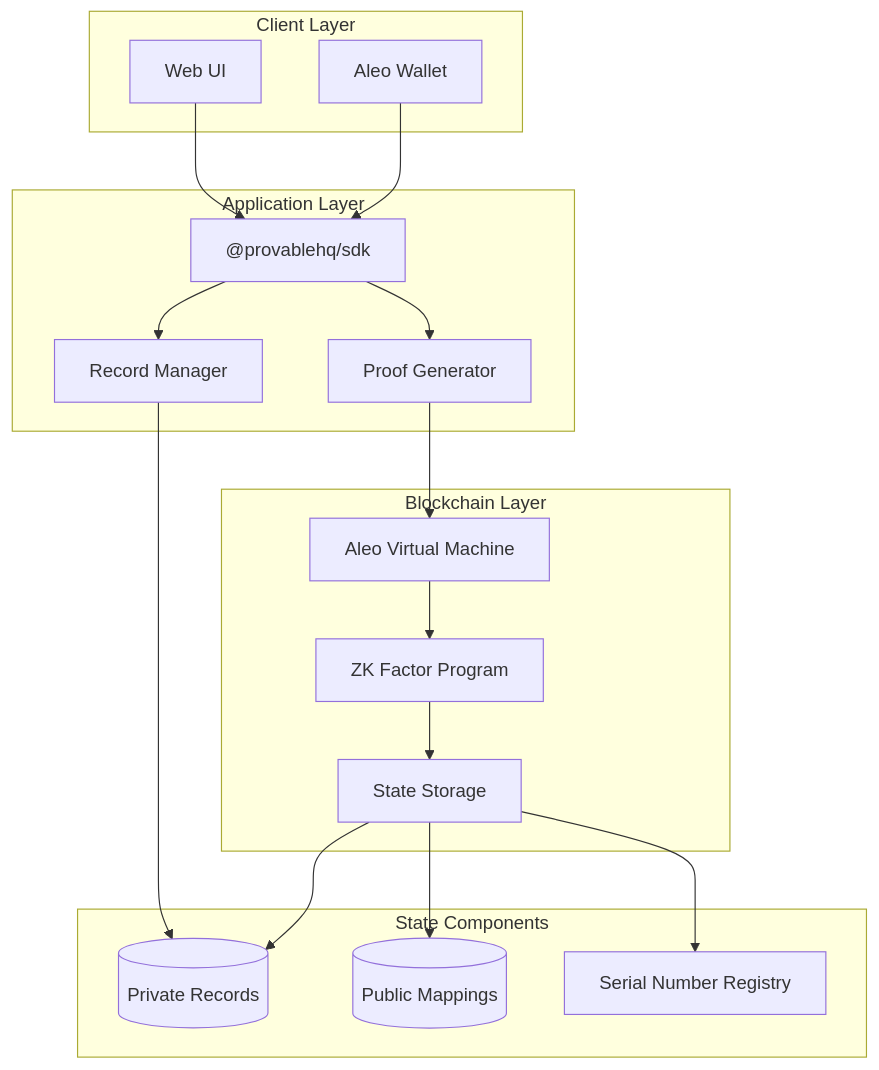
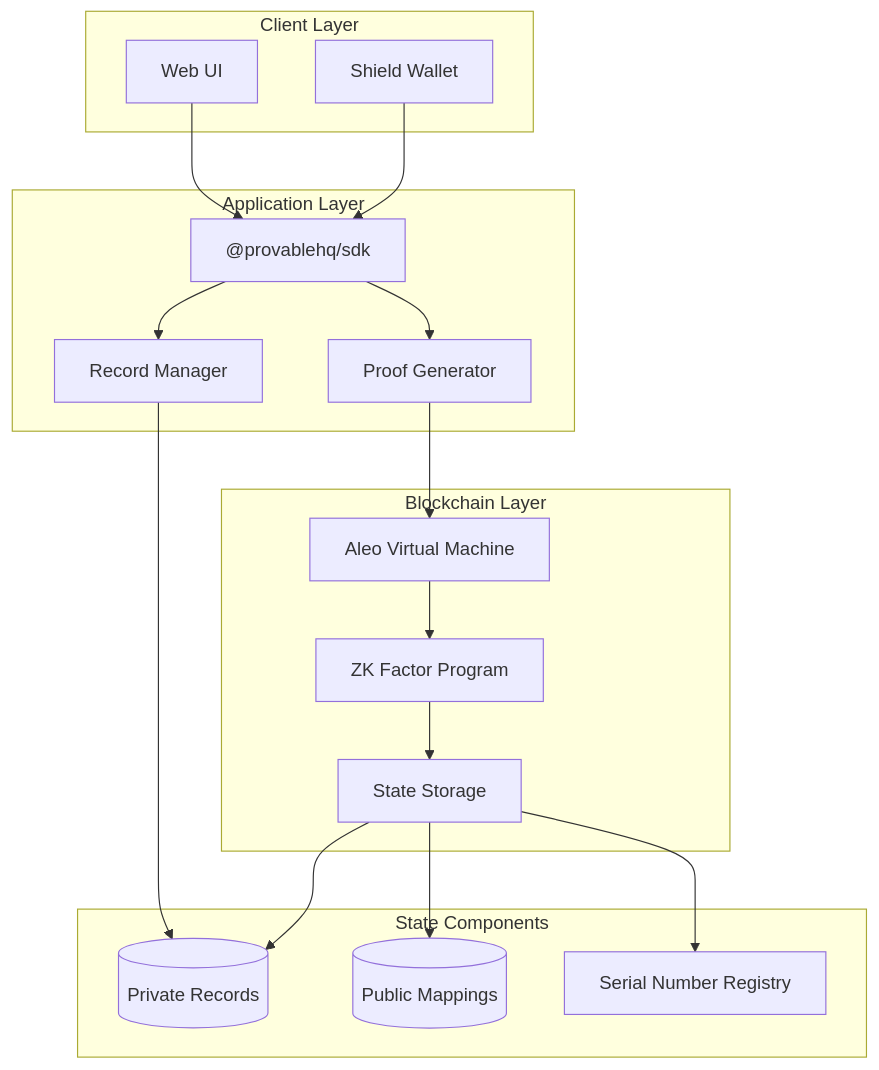
Before and after one commit to imajus/zk-factor: the first of 4 diagrams in docs/SPEC.md, drawn with Mermaid. The commit also changed other lines of this file and 14 other files, not shown here.

````diff
--- a/docs/SPEC.md
+++ b/docs/SPEC.md
@@ -24,37 +26,37 @@
 ```mermaid
 graph TB
     subgraph "Client Layer"
         UI[Web UI]
-        Wallet[Aleo Wallet]
+        Wallet[Shield Wallet]
     end
-    
+
     subgraph "Application Layer"
         SDK["@provablehq/sdk"]
         ProofGen[Proof Generator]
         RecordMgr[Record Manager]
     end
-    
+
     subgraph "Blockchain Layer"
         AleoVM[Aleo Virtual Machine]
         Program[ZK Factor Program]
         State[State Storage]
     end
-    
+
     subgraph "State Components"
         Records[(Private Records)]
         Mappings[(Public Mappings)]
         SerialReg[Serial Number Registry]
     end
-    
+
     UI --> SDK
     Wallet --> SDK
     SDK --> ProofGen
     SDK --> RecordMgr
     ProofGen --> AleoVM
     RecordMgr --> Records
     AleoVM --> Program
     Program --> State
     State --> Records
     State --> Mappings
     State --> SerialReg
 ```
````
